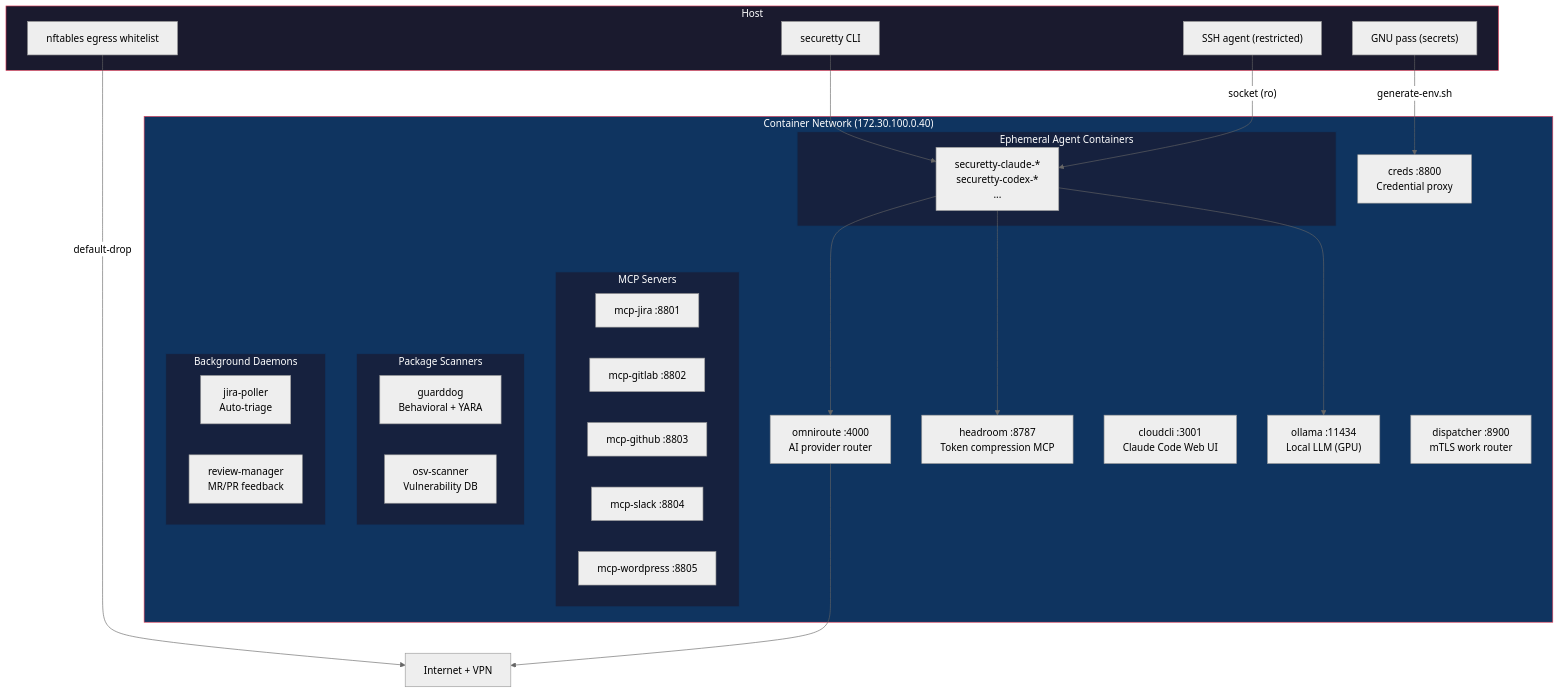
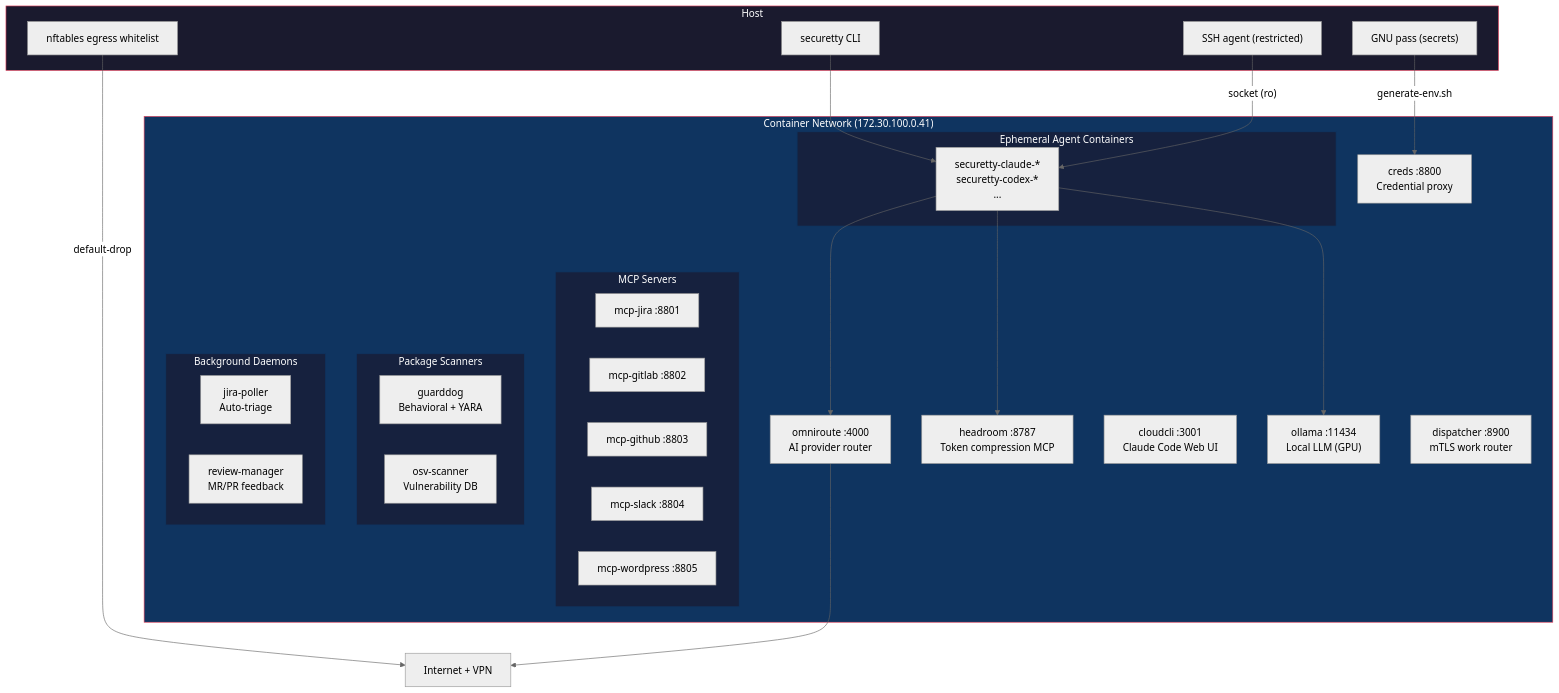
The first of 2 diagrams in README.md (dmzoneill/securetty), drawn with Mermaid (neutral theme) before and after one commit. The commit also changed 1 other file, not shown here.

Commit message:
chore: bump version to v0.0.41

````diff
--- a/README.md
+++ b/README.md
@@ -11,58 +11,58 @@
 ```mermaid
 graph TD
     Internet["Internet + VPN"]
 
     subgraph host["Host"]
         CLI["securetty CLI"]
         SSHAgent["SSH agent (restricted)"]
         Pass["GNU pass (secrets)"]
         Egress["nftables egress whitelist"]
     end
 
-    subgraph network["Container Network (172.30.100.0.40)"]
+    subgraph network["Container Network (172.30.100.0.41)"]
         OmniRoute["omniroute :4000\nAI provider router"]
         Headroom["headroom :8787\nToken compression MCP"]
         CloudCLI["cloudcli :3001\nClaude Code Web UI"]
         Ollama["ollama :11434\nLocal LLM (GPU)"]
         Creds["creds :8800\nCredential proxy"]
         Dispatcher["dispatcher :8900\nmTLS work router"]
 
         subgraph mcp["MCP Servers"]
             Jira["mcp-jira :8801"]
             GitLab["mcp-gitlab :8802"]
             GitHub["mcp-github :8803"]
             Slack["mcp-slack :8804"]
             WordPress["mcp-wordpress :8805"]
         end
 
         subgraph scanners["Package Scanners"]
             GuardDog["guarddog\nBehavioral + YARA"]
             OSV["osv-scanner\nVulnerability DB"]
         end
 
         subgraph agents["Ephemeral Agent Containers"]
             Dev["securetty-claude-*\nsecuretty-codex-*\n..."]
         end
 
         subgraph daemons["Background Daemons"]
             JiraPoller["jira-poller\nAuto-triage"]
             ReviewMgr["review-manager\nMR/PR feedback"]
         end
     end
 
     CLI --> Dev
     Pass -->|"generate-env.sh"| Creds
     SSHAgent -->|"socket (ro)"| Dev
     Egress -->|"default-drop"| Internet
     Dev --> OmniRoute
     Dev --> Headroom
     Dev --> Ollama
     OmniRoute --> Internet
 
     style network fill:#0f3460,stroke:#e94560,color:#fff
     style host fill:#1a1a2e,stroke:#e94560,color:#fff
     style mcp fill:#16213e,stroke:#0f3460,color:#fff
     style scanners fill:#16213e,stroke:#0f3460,color:#fff
     style agents fill:#16213e,stroke:#0f3460,color:#fff
     style daemons fill:#16213e,stroke:#0f3460,color:#fff
 ```
````
